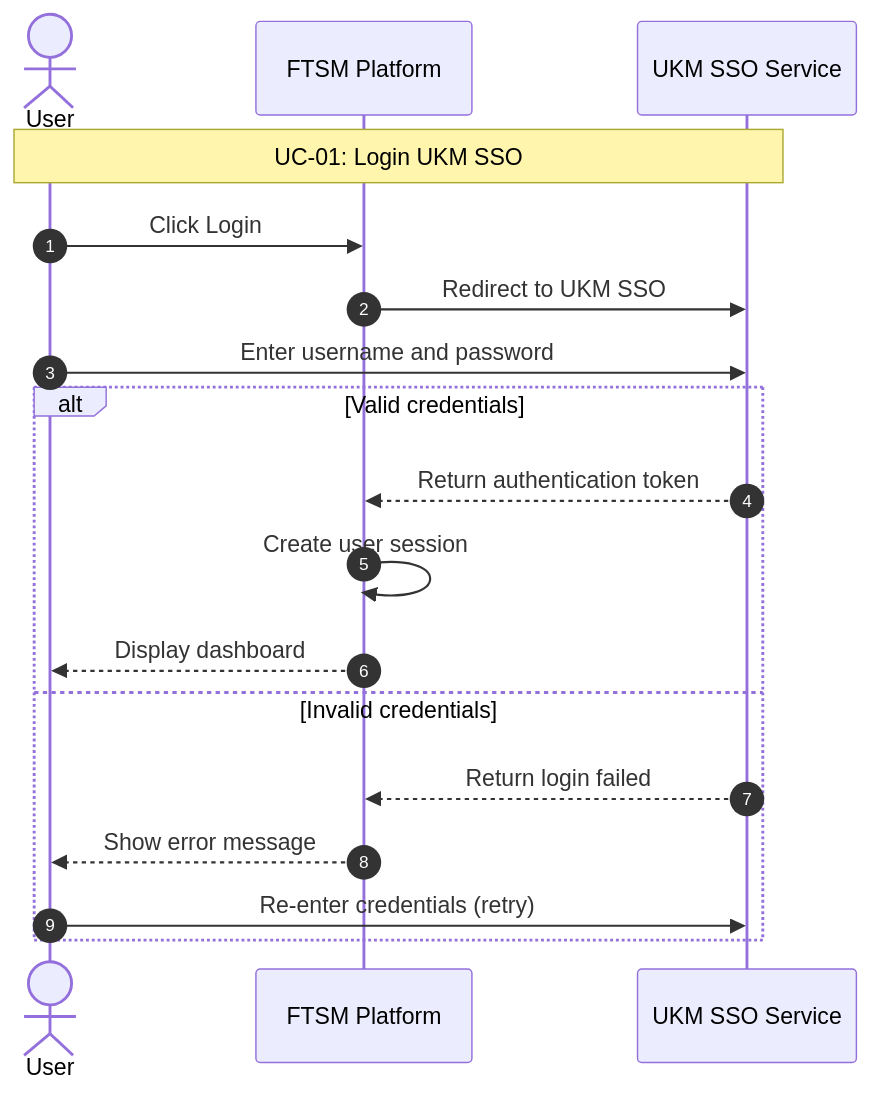
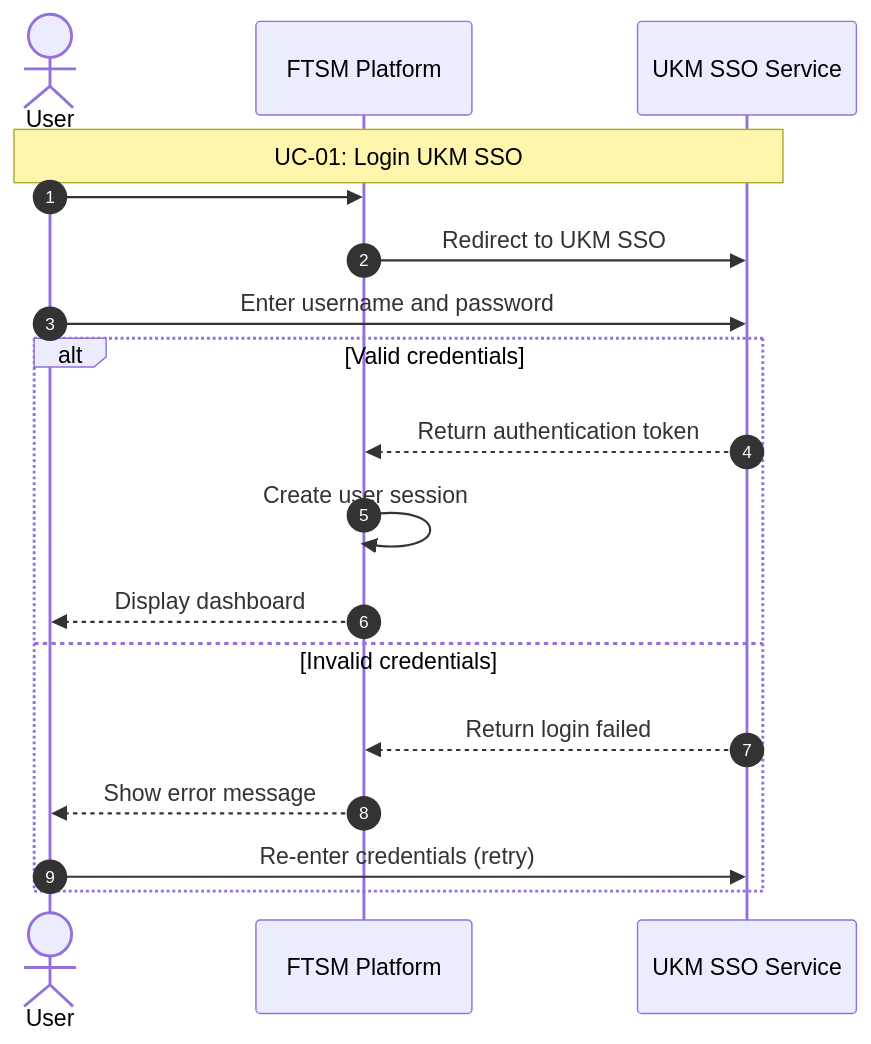
The diagram in all/未命名-1.md (Lifantastic-O/iodraw-files), drawn with Mermaid before and after one commit.

Commit message:
2025-12-18 17:04:42 update

````diff
--- a/all/未命名-1.md
+++ b/all/未命名-1.md
@@ -1,23 +1,23 @@
 ```mermaid
 sequenceDiagram
 autonumber
 actor User
 participant System as FTSM Platform
 participant SSO as UKM SSO Service
 
 Note over User,SSO: UC-01: Login UKM SSO
-User->>System: Click Login
+User->>System: 
 System->>SSO: Redirect to UKM SSO
 User->>SSO: Enter username and password
 
 alt Valid credentials
 SSO-->>System: Return authentication token
 System->>System: Create user session
 System-->>User: Display dashboard
 else Invalid credentials
 SSO-->>System: Return login failed
 System-->>User: Show error message
 User->>SSO: Re-enter credentials (retry)
 end
 
 ```
````
